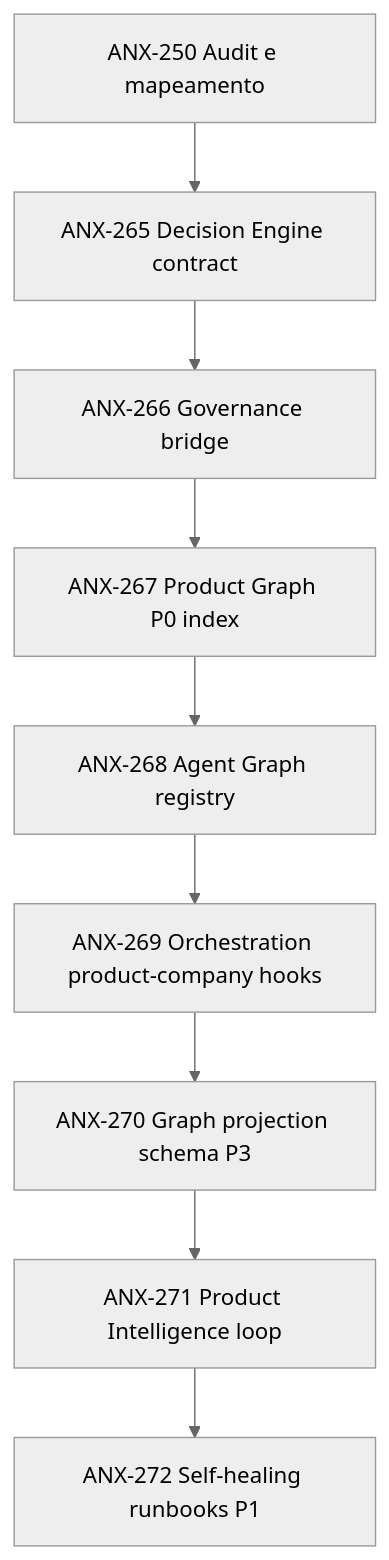
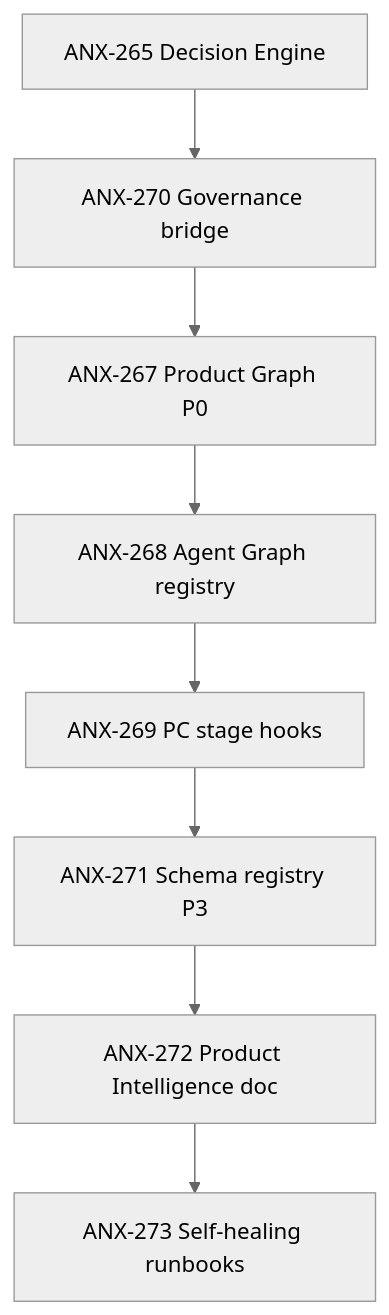
One commit to jcafeitosa/anxionOS changed the first of 2 diagrams in project-docs/plans/ai-product-company-execution-plan.md. Above: the diagram before and after it, drawn with Mermaid (neutral theme). The commit also changed other lines of this file and 2 other files, not shown here.

Commit message:
Auto-save: Updated notes/anxionos-ai-product-company-documentation-audit.md, package.json, project-docs/plans/ai-product-company-execution-plan.md

````diff
--- a/project-docs/plans/ai-product-company-execution-plan.md
+++ b/project-docs/plans/ai-product-company-execution-plan.md
@@ -27,11 +29,10 @@
 ```mermaid
 flowchart TD
-  P0[ANX-250 Audit e mapeamento] --> P1[ANX-265 Decision Engine contract]
-  P1 --> P2[ANX-266 Governance bridge]
-  P2 --> P3[ANX-267 Product Graph P0 index]
-  P3 --> P4[ANX-268 Agent Graph registry]
-  P4 --> P5[ANX-269 Orchestration product-company hooks]
-  P5 --> P6[ANX-270 Graph projection schema P3]
-  P6 --> P7[ANX-271 Product Intelligence loop]
-  P7 --> P8[ANX-272 Self-healing runbooks P1]
+  A[ANX-265 Decision Engine] --> B[ANX-270 Governance bridge]
+  B --> C[ANX-267 Product Graph P0]
+  C --> D[ANX-268 Agent Graph registry]
+  D --> E[ANX-269 PC stage hooks]
+  E --> F[ANX-271 Schema registry P3]
+  F --> G[ANX-272 Product Intelligence doc]
+  G --> H[ANX-273 Self-healing runbooks]
 ```
````
